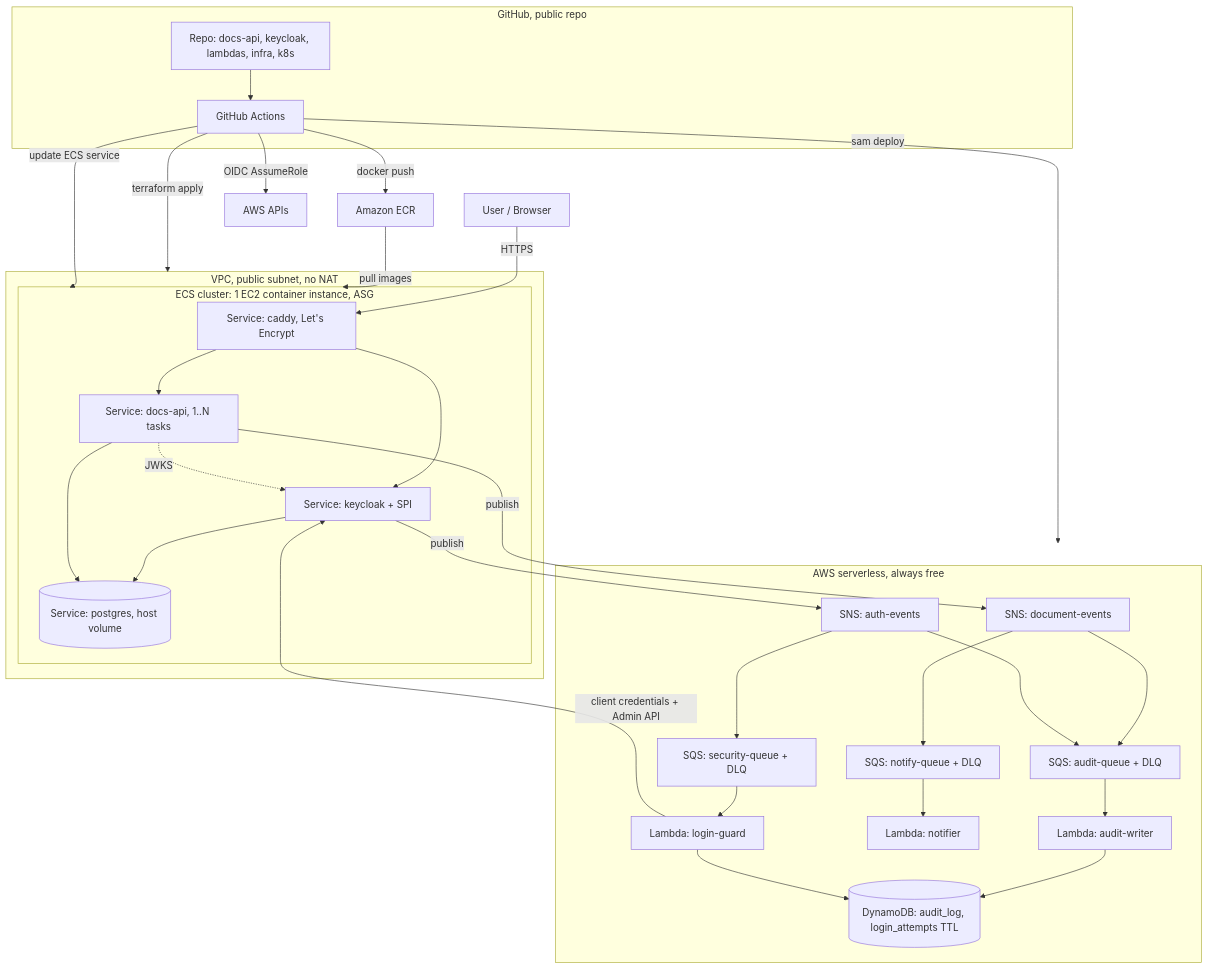
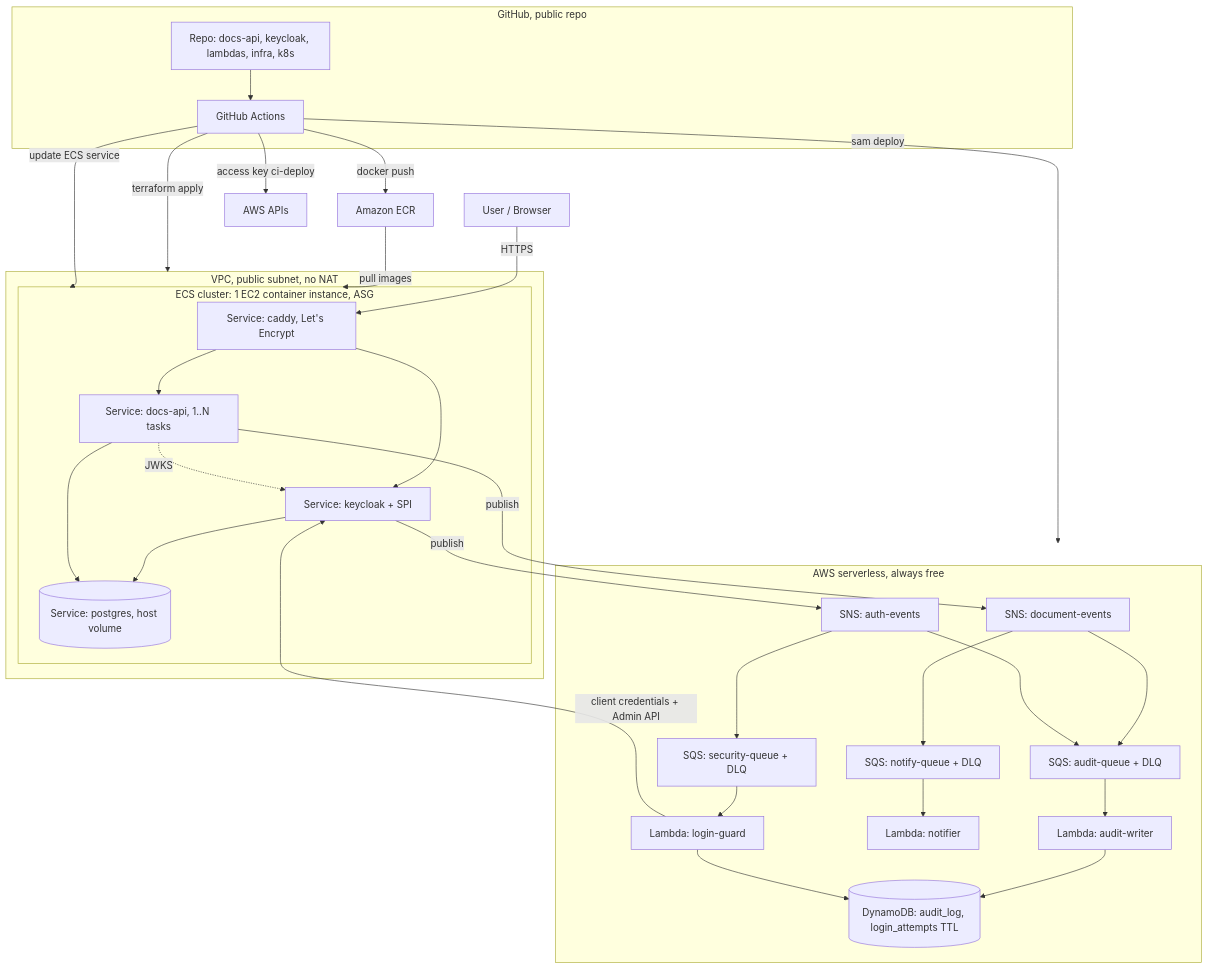
The first of 3 diagrams in docs/PLAN.md (ichernysh/docvault), drawn with Mermaid before and after one commit. The commit also changed other lines of this file and 1 other file, not shown here.

````diff
--- a/docs/PLAN.md
+++ b/docs/PLAN.md
@@ -35,57 +35,57 @@
 ```mermaid
 flowchart TB
   subgraph GH[GitHub, public repo]
     REPO[Repo: docs-api, keycloak, lambdas, infra, k8s]
     GHA[GitHub Actions]
   end
 
   U[User / Browser] -->|HTTPS| CADDY
 
   subgraph VPC[VPC, public subnet, no NAT]
     subgraph ECS[ECS cluster: 1 EC2 container instance, ASG]
       CADDY[Service: caddy, Let's Encrypt]
       KC[Service: keycloak + SPI]
       API[Service: docs-api, 1..N tasks]
       PG[(Service: postgres, host volume)]
     end
   end
 
   CADDY --> KC
   CADDY --> API
   KC --> PG
   API --> PG
   API -.->|JWKS| KC
 
   ECR[Amazon ECR]
   ECR -->|pull images| ECS
 
   subgraph SLS[AWS serverless, always free]
     SNSD[SNS: document-events]
     SNSA[SNS: auth-events]
     QA[SQS: audit-queue + DLQ]
     QN[SQS: notify-queue + DLQ]
     QS[SQS: security-queue + DLQ]
     LA[Lambda: audit-writer]
     LN[Lambda: notifier]
     LS[Lambda: login-guard]
     DDB[(DynamoDB: audit_log, login_attempts TTL)]
   end
 
   API -->|publish| SNSD
   KC -->|publish| SNSA
   SNSD --> QA
   SNSD --> QN
   SNSA --> QA
   SNSA --> QS
   QA --> LA --> DDB
   QN --> LN
   QS --> LS --> DDB
   LS -->|client credentials + Admin API| KC
 
   REPO --> GHA
-  GHA -->|OIDC AssumeRole| AWSAPI[AWS APIs]
+  GHA -->|access key ci-deploy| AWSAPI[AWS APIs]
   GHA -->|docker push| ECR
   GHA -->|terraform apply| VPC
   GHA -->|update ECS service| ECS
   GHA -->|sam deploy| SLS
 ```
````
